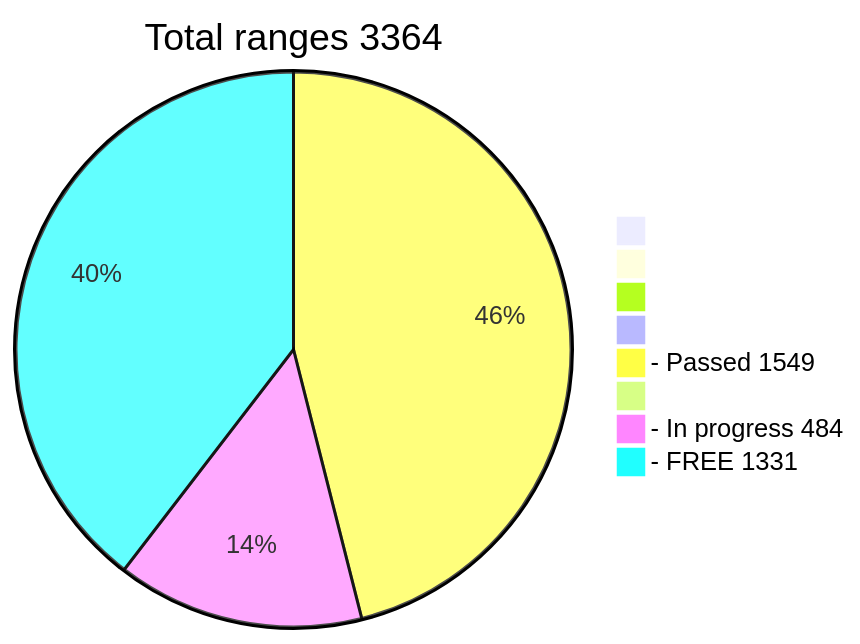
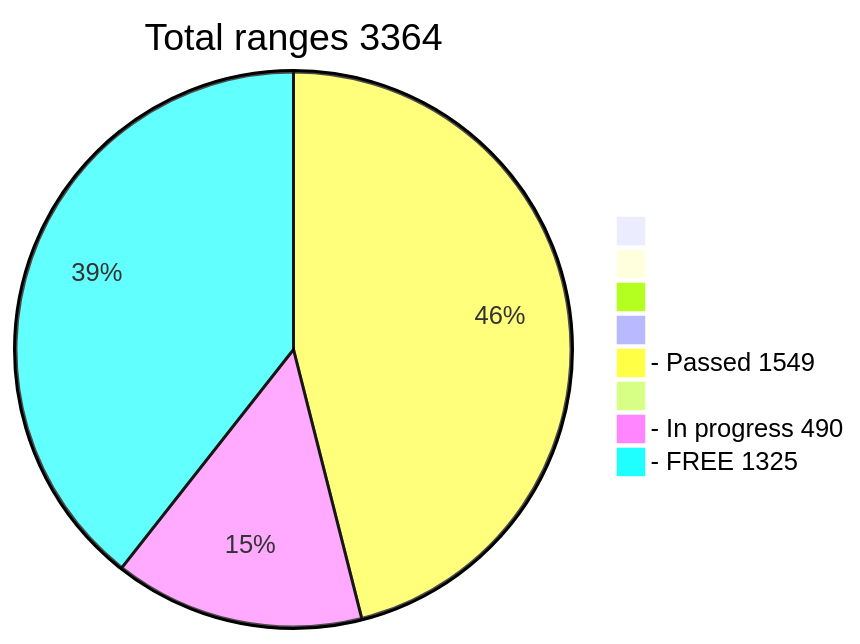
Before and after one commit to phrutis/wif500: the diagram in README.md, drawn with Mermaid.

````diff
--- a/README.md
+++ b/README.md
@@ -16,12 +16,12 @@
 ```mermaid
 pie title Total ranges 3364
              " " : 0
             "  " : 0
            "   " : 0
           "    " : 0
   "- Passed 1549" : 1549
          "     " : 0
-  "- In progress 484" : 484
-   "- FREE 1331" : 1331
+  "- In progress 490" : 490
+   "- FREE 1325" : 1325
    
 ```
````
